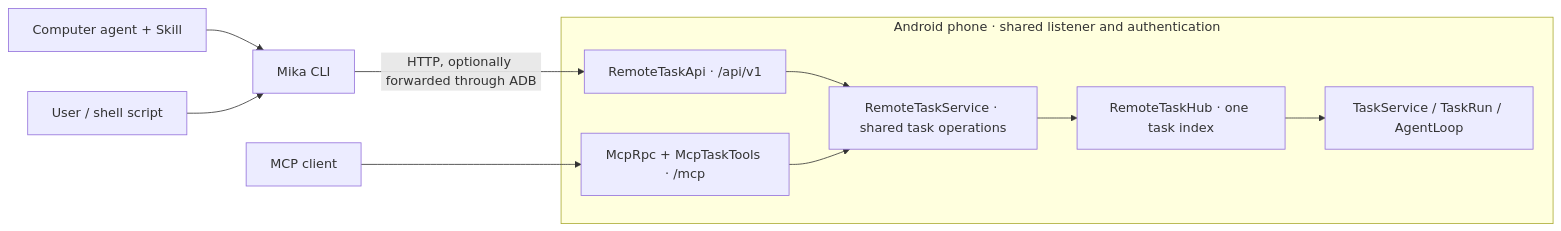
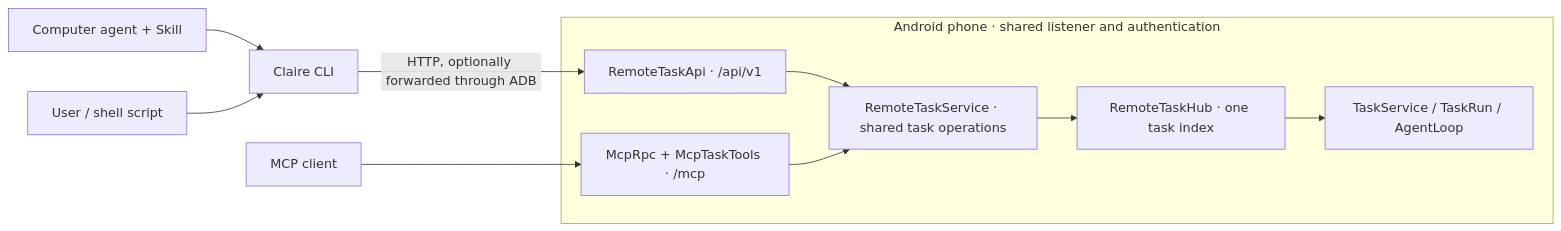
The diagram in docs/cli.md (kilvz/Claire), drawn with Mermaid before and after one commit. The commit also changed other lines of this file and 53 other files, not shown here.

First line of the commit message:
docs: rebrand documentation and CLI defaults to Claire

````diff
--- a/docs/cli.md
+++ b/docs/cli.md
@@ -7,17 +7,17 @@
 ```mermaid
 flowchart LR
-    Skill["Computer agent + Skill"] --> CLI["Mika CLI"]
+    Skill["Computer agent + Skill"] --> CLI["Claire CLI"]
     Shell["User / shell script"] --> CLI
     Client["MCP client"] --> MCP
     subgraph Phone["Android phone · shared listener and authentication"]
         API["RemoteTaskApi · /api/v1"]
         MCP["McpRpc + McpTaskTools · /mcp"]
         Shared["RemoteTaskService · shared task operations"]
         Hub["RemoteTaskHub · one task index"]
         Engine["TaskService / TaskRun / AgentLoop"]
         API --> Shared
         MCP --> Shared
         Shared --> Hub --> Engine
     end
     CLI -->|"HTTP, optionally forwarded through ADB"| API
 ```
````
